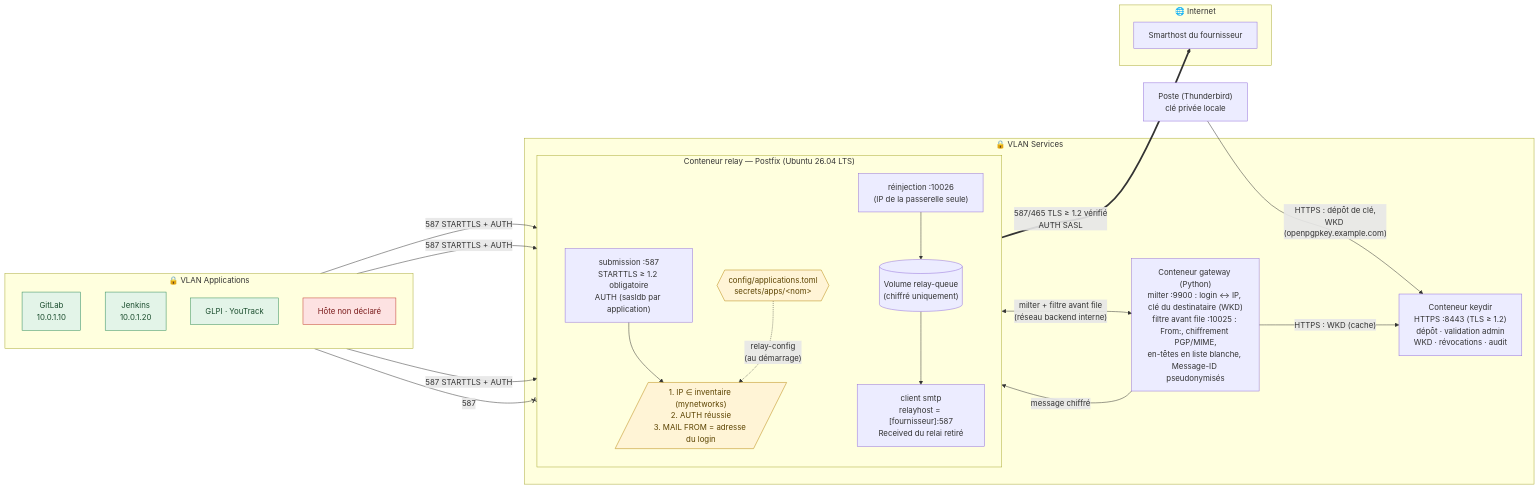
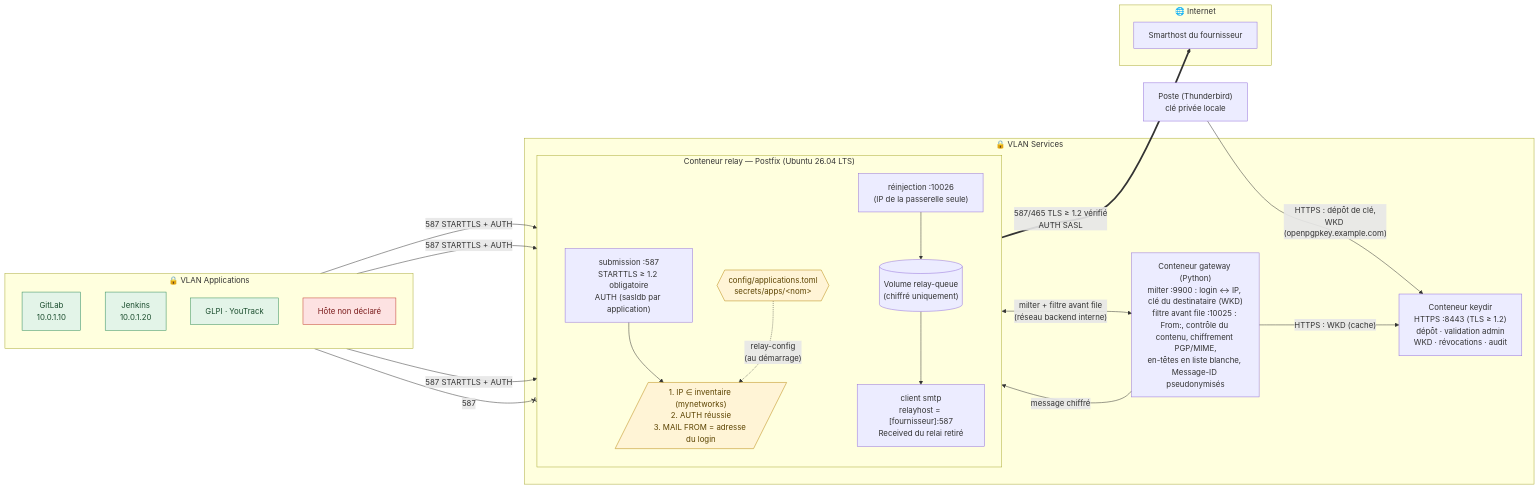
One commit to kosaar/relai-smtp changed the first of 3 diagrams in docs/architecture.md. Above: the diagram before and after it, drawn with Mermaid. The commit also changed other lines of this file and 13 other files, not shown here.

First line of the commit message:
feat: lot 6 — contrôle du contenu sortant (règles versionnées, texte décodé)

````diff
--- a/docs/architecture.md
+++ b/docs/architecture.md
@@ -11,48 +11,48 @@
 ```mermaid
 flowchart LR
     subgraph APPS["🔒 VLAN Applications"]
         direction TB
         GL["GitLab<br/>10.0.1.10"]
         JK["Jenkins<br/>10.0.1.20"]
         GP["GLPI · YouTrack"]
         UNK["Hôte non déclaré"]
     end
 
     subgraph SVC["🔒 VLAN Services"]
         subgraph RELAY["Conteneur relay — Postfix (Ubuntu 26.04 LTS)"]
             direction TB
             SMTPD["submission :587<br/>STARTTLS ≥ 1.2 obligatoire<br/>AUTH (sasldb par application)"]
             ACL[/"1. IP ∈ inventaire (mynetworks)<br/>2. AUTH réussie<br/>3. MAIL FROM = adresse du login"/]
             RI["réinjection :10026<br/>(IP de la passerelle seule)"]
             Q[("Volume relay-queue<br/>(chiffré uniquement)")]
             SMTP["client smtp<br/>relayhost = [fournisseur]:587<br/>Received du relai retiré"]
             INV{{"config/applications.toml<br/>secrets/apps/&lt;nom&gt;"}}
             SMTPD --> ACL
             RI --> Q --> SMTP
             INV -. "relay-config<br/>(au démarrage)" .-> ACL
         end
-        GW["Conteneur gateway (Python)<br/>milter :9900 : login ↔ IP, clé du destinataire (WKD)<br/>filtre avant file :10025 : From:, chiffrement PGP/MIME,<br/>en-têtes en liste blanche, Message-ID pseudonymisés"]
+        GW["Conteneur gateway (Python)<br/>milter :9900 : login ↔ IP, clé du destinataire (WKD)<br/>filtre avant file :10025 : From:, contrôle du contenu, chiffrement PGP/MIME,<br/>en-têtes en liste blanche, Message-ID pseudonymisés"]
         KD["Conteneur keydir<br/>HTTPS :8443 (TLS ≥ 1.2)<br/>dépôt · validation admin<br/>WKD · révocations · audit"]
     end
 
     TB["Poste (Thunderbird)<br/>clé privée locale"]
 
     subgraph NET["🌐 Internet"]
         MTA["Smarthost du fournisseur"]
     end
 
     GL & JK & GP -- "587 STARTTLS + AUTH" --> SMTPD
     UNK -- "587" --x SMTPD
     ACL <-- "milter + filtre avant file<br/>(réseau backend interne)" --> GW
     GW -- "message chiffré" --> RI
     SMTP == "587/465 TLS ≥ 1.2 vérifié<br/>AUTH SASL" ==> MTA
     TB -- "HTTPS : dépôt de clé,<br/>WKD (openpgpkey.example.com)" --> KD
     GW -- "HTTPS : WKD (cache)" --> KD
 
     classDef deny fill:#fde2e2,stroke:#c0392b,color:#7b1d1d;
     classDef ok fill:#e3f4e8,stroke:#2e8b57,color:#1b4d2e;
     classDef sec fill:#fff4d6,stroke:#b8860b,color:#5c4300;
     class UNK deny;
     class GL,JK,GP ok;
     class INV,ACL sec;
 ```
````
